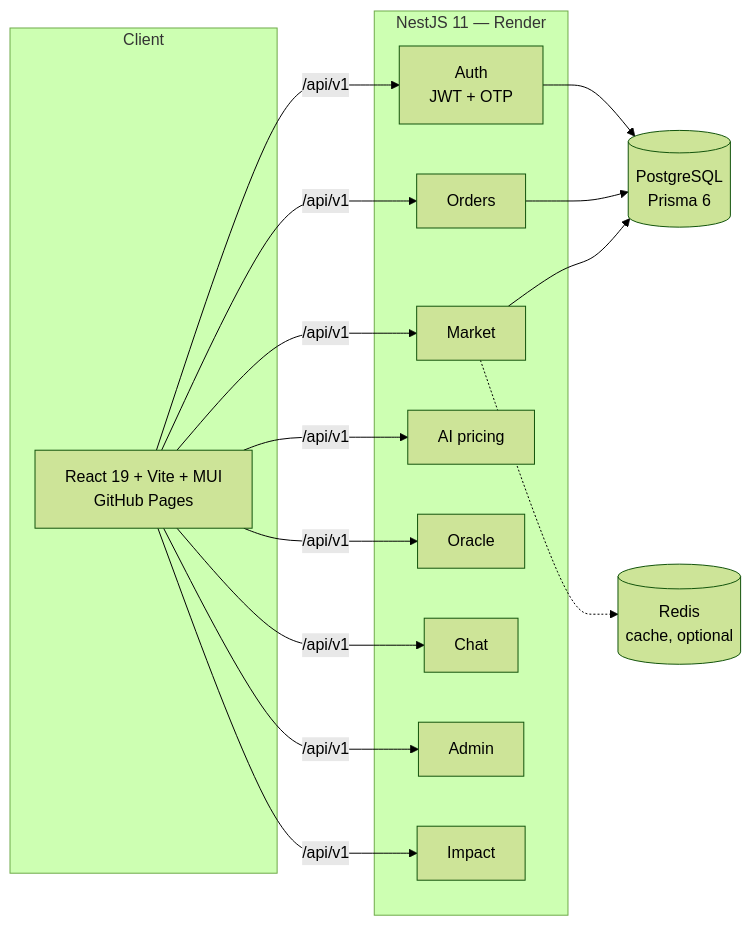
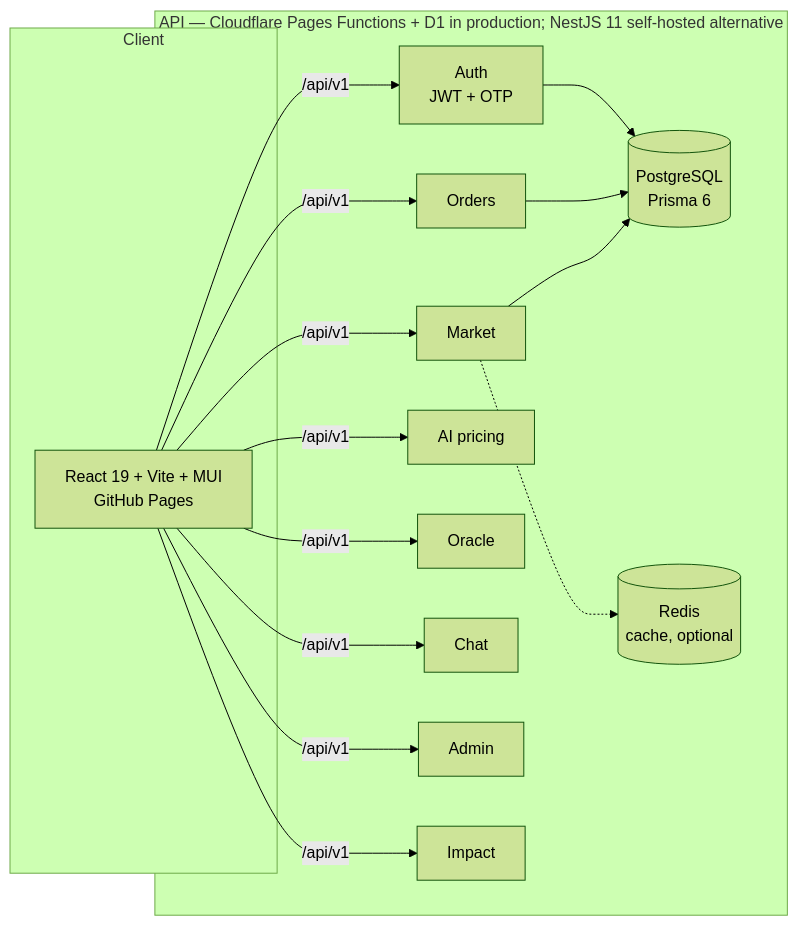
Before and after one commit to geraldkombo/KilimoLink: the diagram in README.md, drawn with Mermaid (forest theme). The commit also changed other lines of this file and 10 other files, not shown here.

````diff
--- a/README.md
+++ b/README.md
@@ -40,21 +41,21 @@
 ```mermaid
 graph LR
   subgraph Client
     W[React 19 + Vite + MUI<br/>GitHub Pages]
   end
-  subgraph Backend [NestJS 11 — Render]
+  subgraph Backend [API — Cloudflare Pages Functions + D1 in production; NestJS 11 self-hosted alternative]
     A[Auth<br/>JWT + OTP]
     M[Market]
     O[Orders]
     AI[AI pricing]
     OR[Oracle]
     C[Chat]
     AD[Admin]
     IM[Impact]
   end
   P[(PostgreSQL<br/>Prisma 6)]
   R[(Redis<br/>cache, optional)]
   W -->|/api/v1| A & M & O & AI & OR & C & AD & IM
   M & O & A --> P
   M -.-> R
 ```
````
